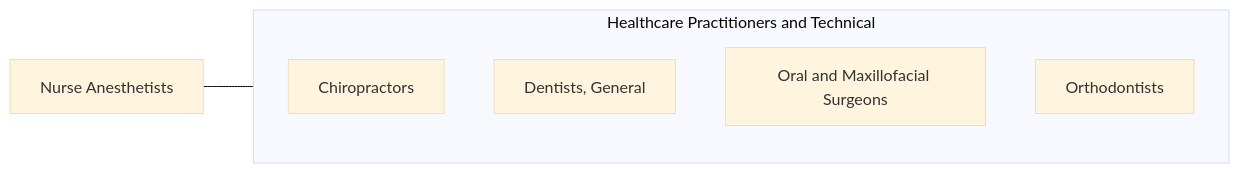
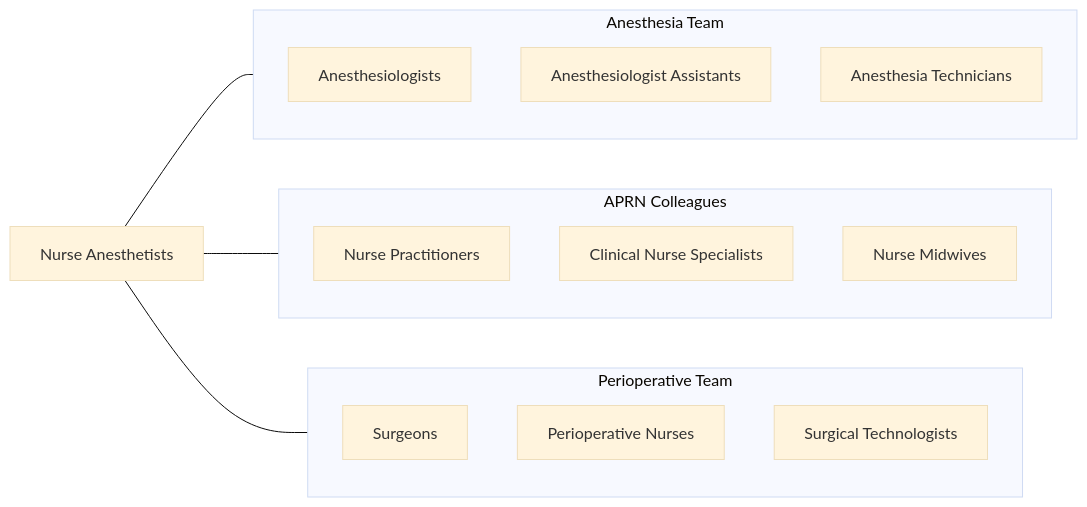
Before and after one commit to kziemski/business.org.ai: the fourth of 4 diagrams in occupations/HealthcarePractitioners/NurseAnesthetists.mdx, drawn with Mermaid (base theme). The commit also changed other lines of this file and 938 other files, not shown here.

````diff
--- a/occupations/HealthcarePractitioners/NurseAnesthetists.mdx
+++ b/occupations/HealthcarePractitioners/NurseAnesthetists.mdx
@@ -131,13 +213,26 @@
 ```mermaid
 graph LR
     Current["Nurse Anesthetists"]
 
-    subgraph SameCategory["Healthcare Practitioners and Technical"]
-        Chiropractors["Chiropractors"]
-        DentistsGeneral["Dentists, General"]
-        OralAndMaxillofacial["Oral and Maxillofacial Surgeons"]
-        Orthodontists["Orthodontists"]
+    subgraph AnesthesiaTeam["Anesthesia Team"]
+        Anesthesiologists["Anesthesiologists"]
+        AA["Anesthesiologist Assistants"]
+        AnesthTech["Anesthesia Technicians"]
     end
 
-    Current --- SameCategory
+    subgraph APRNPeers["APRN Colleagues"]
+        NP["Nurse Practitioners"]
+        CNS["Clinical Nurse Specialists"]
+        CNM["Nurse Midwives"]
+    end
+
+    subgraph Perioperative["Perioperative Team"]
+        Surgeons["Surgeons"]
+        SurgNurses["Perioperative Nurses"]
+        SurgTech["Surgical Technologists"]
+    end
+
+    Current --- AnesthesiaTeam
+    Current --- APRNPeers
+    Current --- Perioperative
 ```
````
